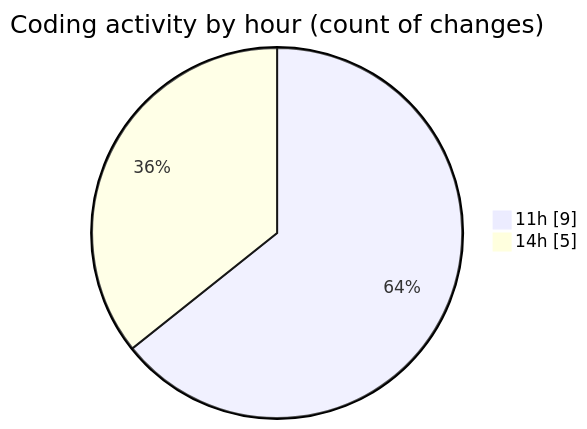
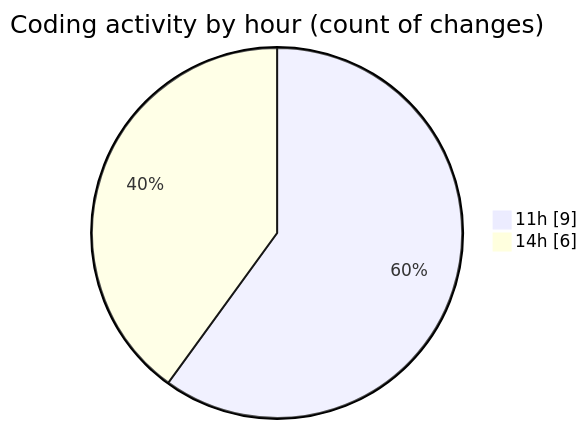
Before and after one commit to julien-gomy/code-tracking: the second of 2 diagrams in 2025-11-15/usr_aleoudev_fr__workspace_/README.md, drawn with Mermaid. The commit also changed other lines of this file and 1 other file, not shown here.

````diff
--- a/2025-11-15/usr_aleoudev_fr__workspace_/README.md
+++ b/2025-11-15/usr_aleoudev_fr__workspace_/README.md
@@ -35,6 +35,6 @@
 ```mermaid
 pie showData
 title Coding activity by hour (count of changes)
 "11h" : 9
-"14h" : 5
+"14h" : 6
 ```
````
